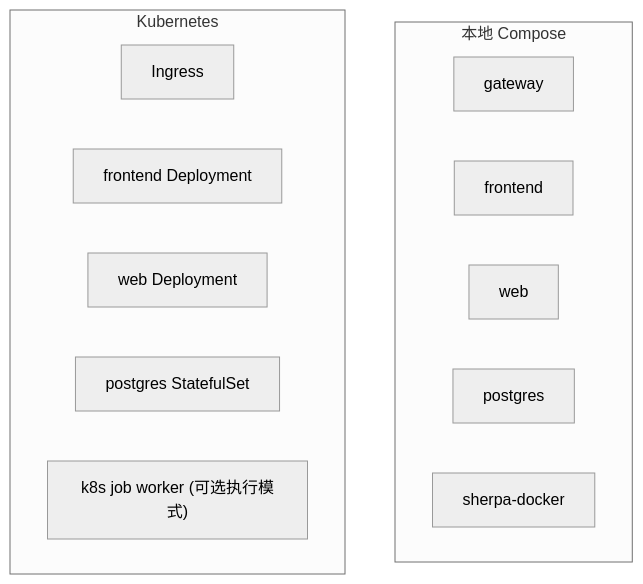
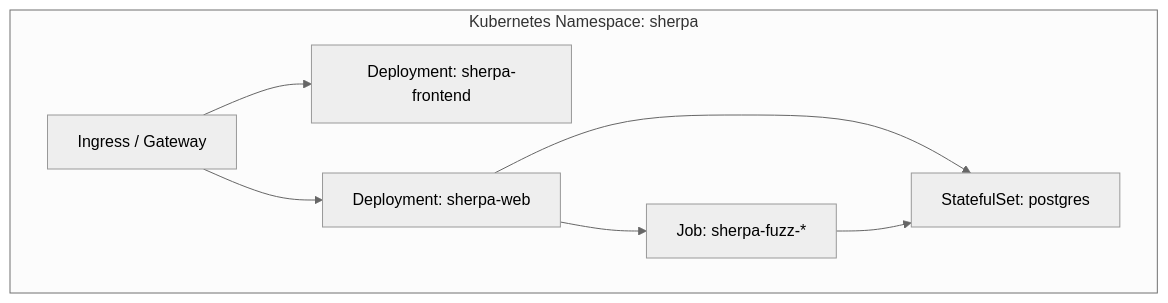
Before and after one commit to ZUENS2020/Sherpa: the second of 5 diagrams in README.md, drawn with Mermaid (neutral theme). The commit also changed other lines of this file and 8 other files, not shown here.

````diff
--- a/README.md
+++ b/README.md
@@ -56,18 +49,16 @@
 ```mermaid
 flowchart TB
-  subgraph Local["本地 Compose"]
-    GW["gateway"]
-    FE2["frontend"]
-    WEB["web"]
-    PG["postgres"]
-    DIND["sherpa-docker"]
+  subgraph K8s["Kubernetes Namespace: sherpa"]
+    ING["Ingress / Gateway"]
+    FE2["Deployment: sherpa-frontend"]
+    WEB["Deployment: sherpa-web"]
+    PG["StatefulSet: postgres"]
+    WJ["Job: sherpa-fuzz-*"]
   end
 
-  subgraph K8s["Kubernetes"]
-    ING["Ingress"]
-    FEK["frontend Deployment"]
-    WEBK["web Deployment"]
-    PGK["postgres StatefulSet"]
-    JOB["k8s job worker (可选执行模式)"]
-  end
+  ING --> FE2
+  ING --> WEB
+  WEB --> PG
+  WEB --> WJ
+  WJ --> PG
 ```
````
